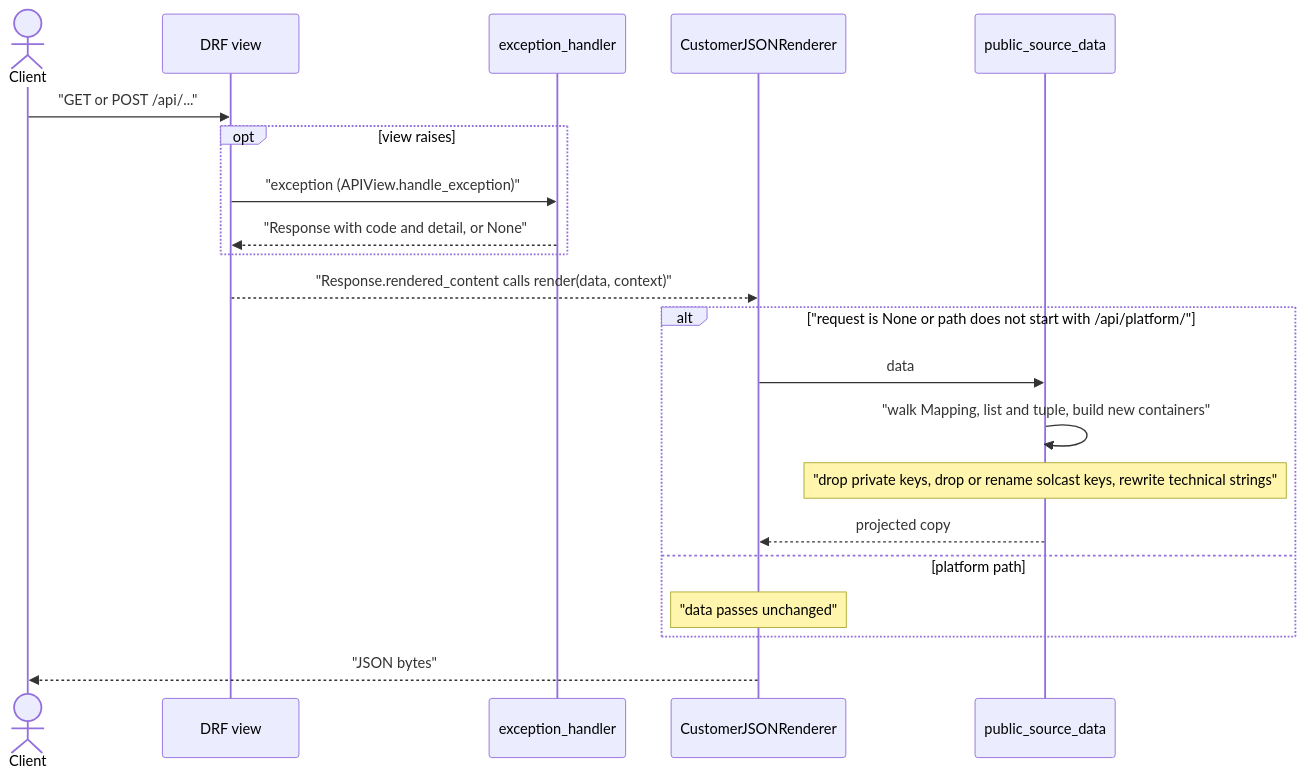
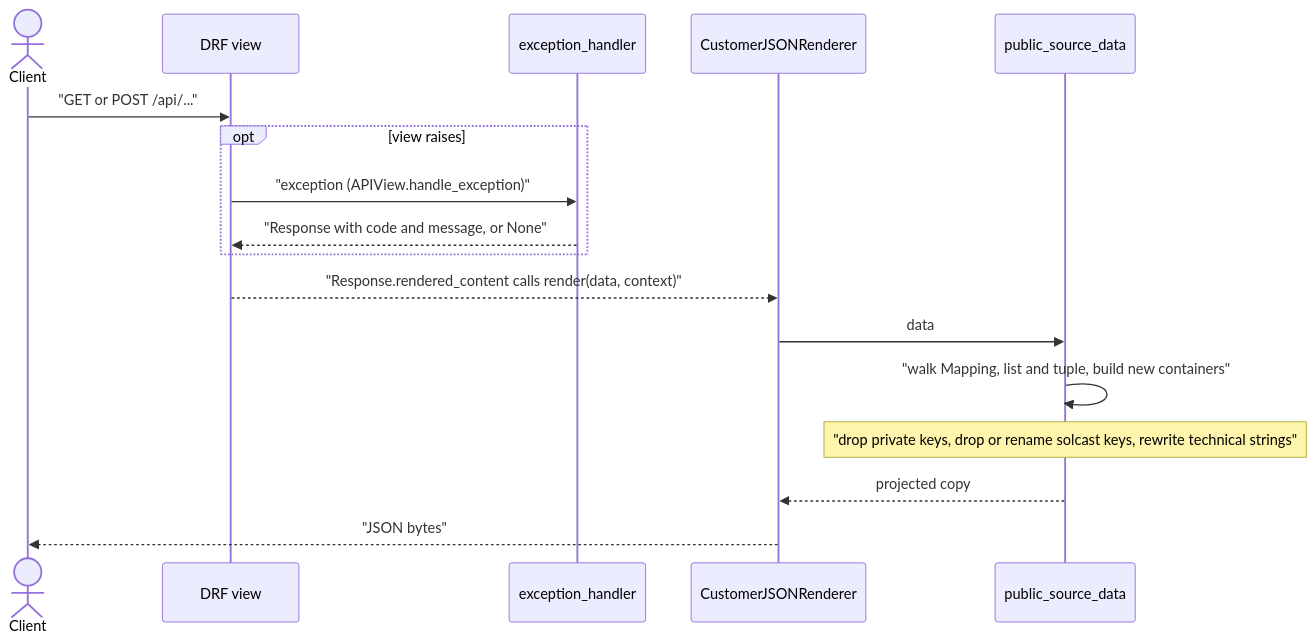
The diagram in docs/flows/provider-detail-redaction.md (erkurtharun/pyracast), drawn with Mermaid before and after one commit. The commit also changed other lines of this file and 85 other files, not shown here.

First line of the commit message:
Bring the flow pages in line with the code (#107)

````diff
--- a/docs/flows/provider-detail-redaction.md
+++ b/docs/flows/provider-detail-redaction.md
@@ -14,23 +14,19 @@
 ```mermaid
 sequenceDiagram
     actor U as Client
     participant V as DRF view
     participant H as exception_handler
     participant R as CustomerJSONRenderer
     participant P as public_source_data
     U->>V: "GET or POST /api/..."
     opt view raises
         V->>H: "exception (APIView.handle_exception)"
-        H-->>V: "Response with code and detail, or None"
+        H-->>V: "Response with code and message, or None"
     end
     V-->>R: "Response.rendered_content calls render(data, context)"
-    alt "request is None or path does not start with /api/platform/"
-        R->>P: data
-        P->>P: "walk Mapping, list and tuple, build new containers"
-        Note over P: "drop private keys, drop or rename solcast keys, rewrite technical strings"
-        P-->>R: projected copy
-    else platform path
-        Note over R: "data passes unchanged"
-    end
+    R->>P: data
+    P->>P: "walk Mapping, list and tuple, build new containers"
+    Note over P: "drop private keys, drop or rename solcast keys, rewrite technical strings"
+    P-->>R: projected copy
     R-->>U: "JSON bytes"
 ```
````
